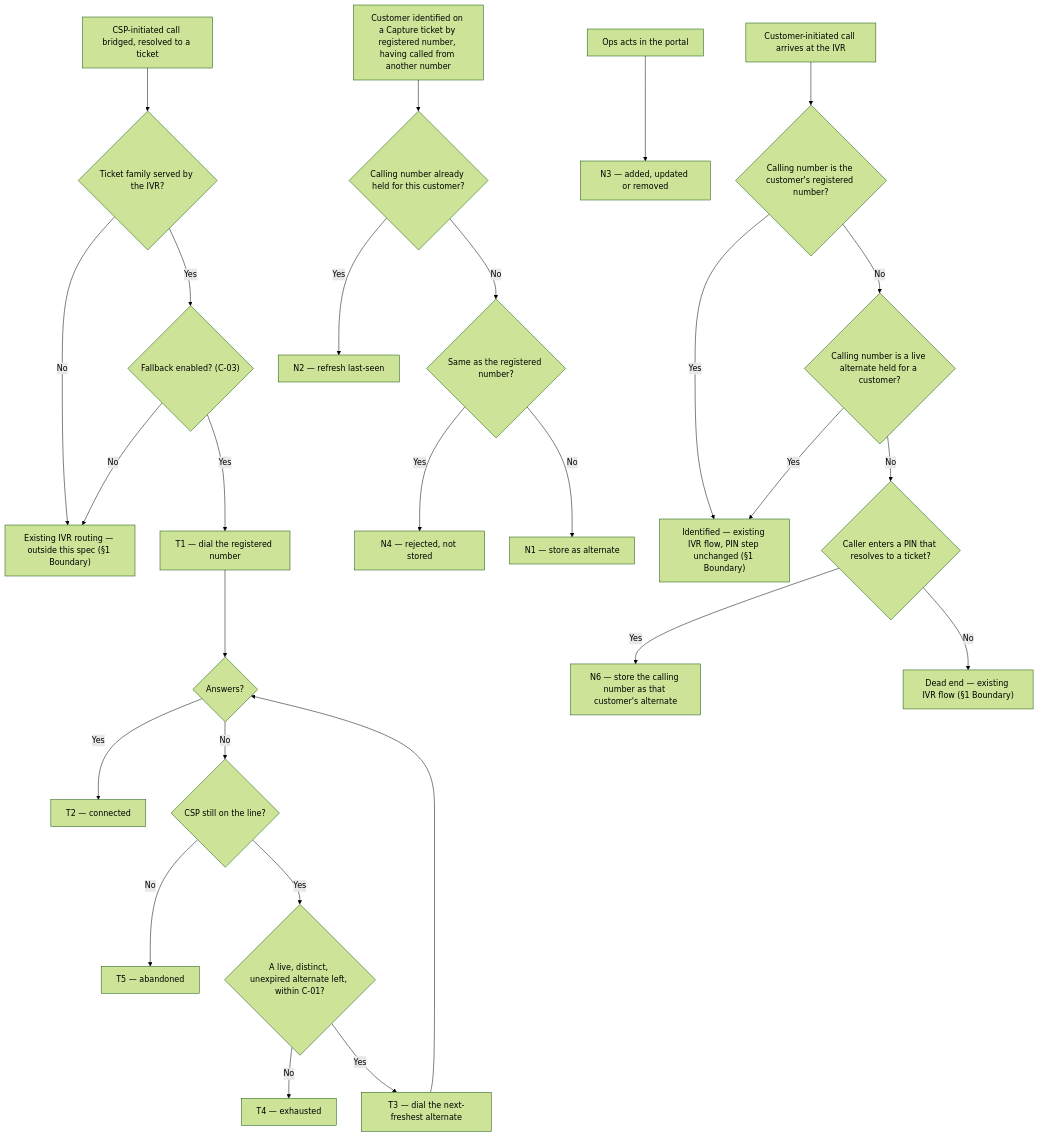
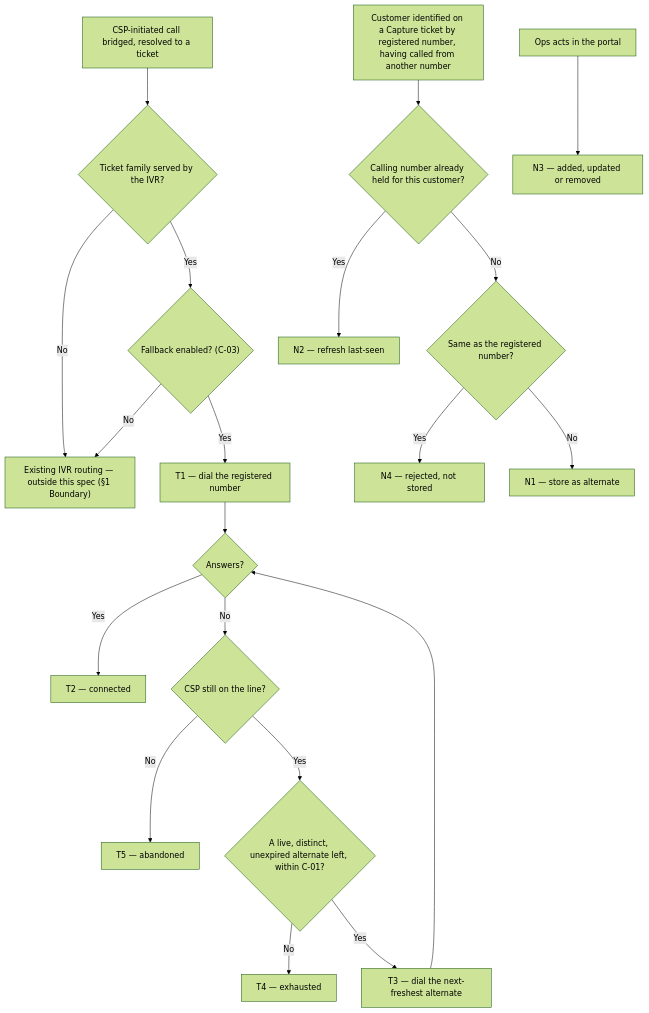
The diagram in IVR_Alternate_Number_PRD.md (ashish-raj-wiom/ivr-alternate-number), drawn with Mermaid (forest theme) before and after one commit. The commit also changed other lines of this file and 1 other file, not shown here.

First line of the commit message:
v0.3 — scope back to enriching the destination; IVR 2.0 structure untouched

````diff
--- a/IVR_Alternate_Number_PRD.md
+++ b/IVR_Alternate_Number_PRD.md
@@ -86,29 +85,22 @@
 ```mermaid
 flowchart TD
     A["CSP-initiated call bridged, resolved to a ticket"] --> B{"Ticket family served by the IVR?"}
     B -- "No" --> C["Existing IVR routing — outside this spec (§1 Boundary)"]
     B -- "Yes" --> D{"Fallback enabled? (C-03)"}
     D -- "No" --> C
     D -- "Yes" --> E["T1 — dial the registered number"]
     E --> F{"Answers?"}
     F -- "Yes" --> G["T2 — connected"]
     F -- "No" --> H{"CSP still on the line?"}
     H -- "No" --> I["T5 — abandoned"]
     H -- "Yes" --> J{"A live, distinct, unexpired alternate left, within C-01?"}
     J -- "No" --> K["T4 — exhausted"]
     J -- "Yes" --> L["T3 — dial the next-freshest alternate"]
     L --> F
     M["Customer identified on a Capture ticket by registered number, having called from another number"] --> N{"Calling number already held for this customer?"}
     N -- "Yes" --> O["N2 — refresh last-seen"]
     N -- "No" --> P{"Same as the registered number?"}
     P -- "Yes" --> Q["N4 — rejected, not stored"]
     P -- "No" --> R["N1 — store as alternate"]
     S["Ops acts in the portal"] --> T["N3 — added, updated or removed"]
-    U["Customer-initiated call arrives at the IVR"] --> V{"Calling number is the customer's registered number?"}
-    V -- "Yes" --> W["Identified — existing IVR flow, PIN step unchanged (§1 Boundary)"]
-    V -- "No" --> X{"Calling number is a live alternate held for a customer?"}
-    X -- "Yes" --> W
-    X -- "No" --> Y{"Caller enters a PIN that resolves to a ticket?"}
-    Y -- "Yes" --> Z["N6 — store the calling number as that customer's alternate"]
-    Y -- "No" --> AA["Dead end — existing IVR flow (§1 Boundary)"]
 ```
````
